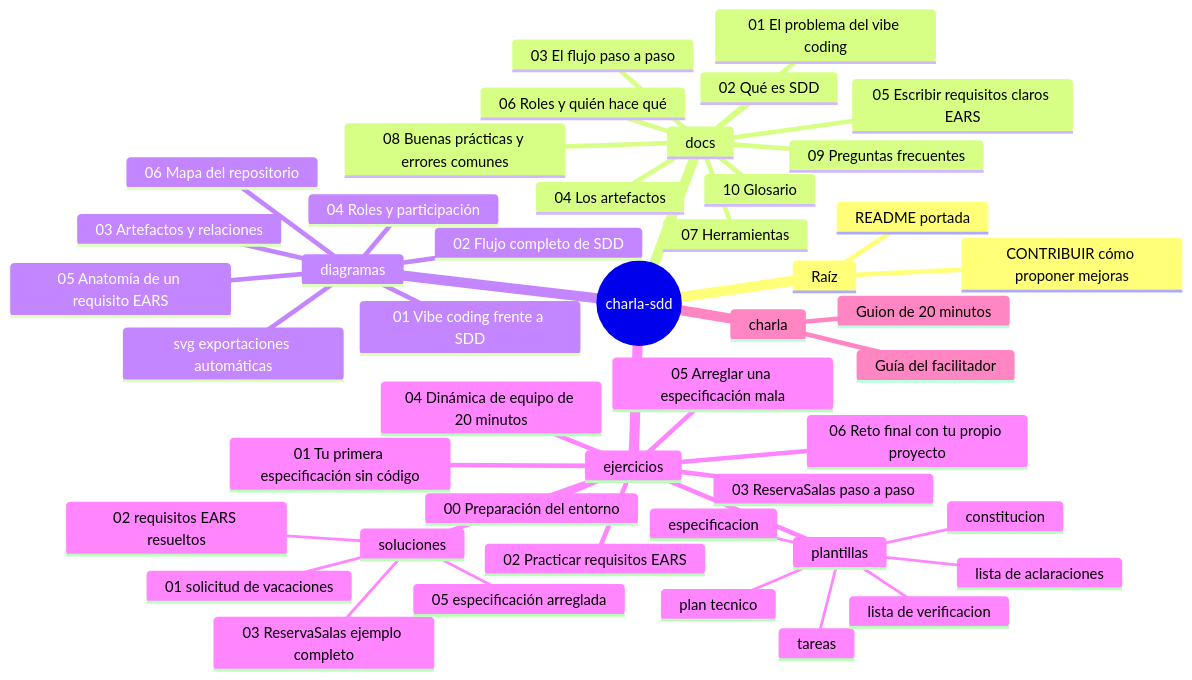
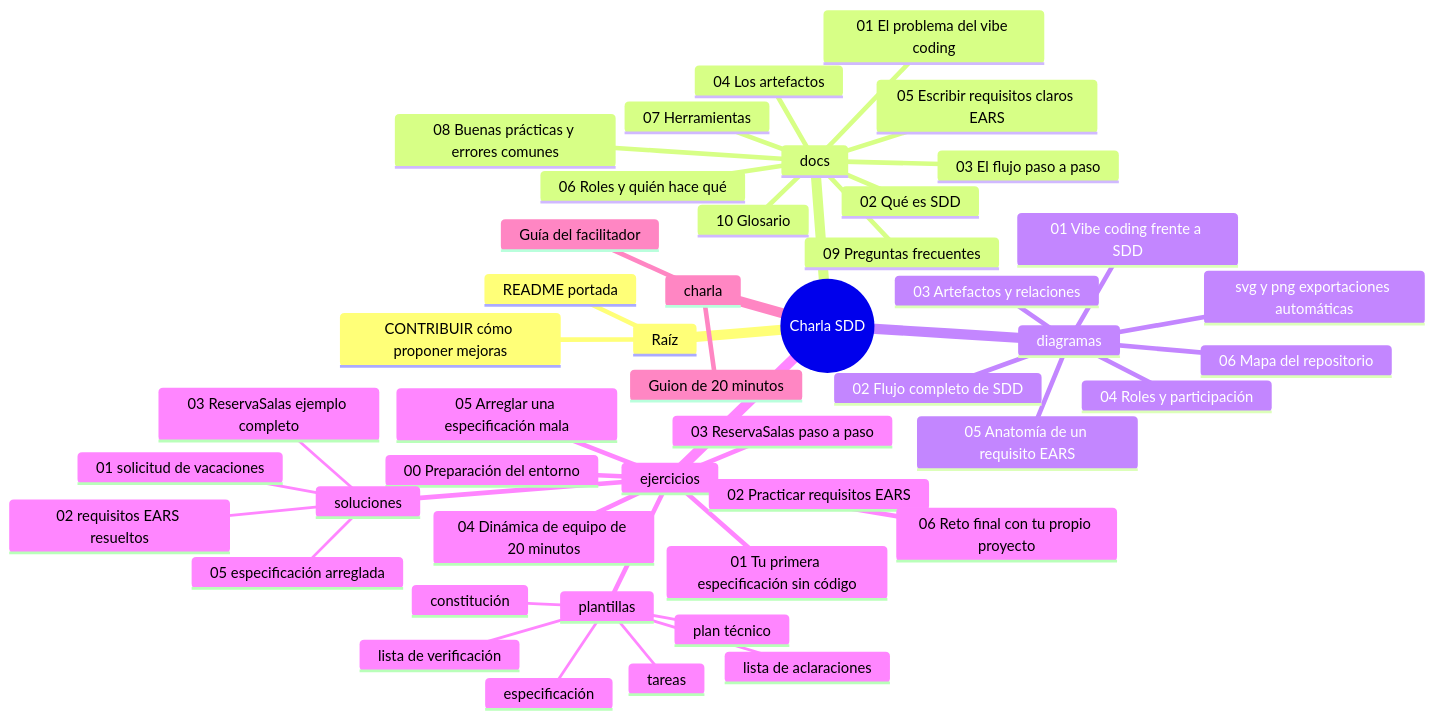
Before and after one commit to antroc/charla-sdd: the first of 6 diagrams in diagramas/06-mapa-del-repositorio.md, drawn with Mermaid. The commit also changed other lines of this file and 21 other files, not shown here.

````diff
--- a/diagramas/06-mapa-del-repositorio.md
+++ b/diagramas/06-mapa-del-repositorio.md
@@ -17,49 +17,49 @@
 ```mermaid
 mindmap
-  root((charla-sdd))
+  root((Charla SDD))
     Raíz
       README portada
       CONTRIBUIR cómo proponer mejoras
     docs
       01 El problema del vibe coding
       02 Qué es SDD
       03 El flujo paso a paso
       04 Los artefactos
       05 Escribir requisitos claros EARS
       06 Roles y quién hace qué
       07 Herramientas
       08 Buenas prácticas y errores comunes
       09 Preguntas frecuentes
       10 Glosario
     diagramas
       01 Vibe coding frente a SDD
       02 Flujo completo de SDD
       03 Artefactos y relaciones
       04 Roles y participación
       05 Anatomía de un requisito EARS
       06 Mapa del repositorio
-      svg exportaciones automáticas
+      svg y png exportaciones automáticas
     ejercicios
       00 Preparación del entorno
       01 Tu primera especificación sin código
       02 Practicar requisitos EARS
       03 ReservaSalas paso a paso
       04 Dinámica de equipo de 20 minutos
       05 Arreglar una especificación mala
       06 Reto final con tu propio proyecto
       plantillas
-        constitucion
-        especificacion
+        constitución
+        especificación
         lista de aclaraciones
-        plan tecnico
+        plan técnico
         tareas
-        lista de verificacion
+        lista de verificación
       soluciones
         01 solicitud de vacaciones
         02 requisitos EARS resueltos
         03 ReservaSalas ejemplo completo
         05 especificación arreglada
     charla
       Guion de 20 minutos
       Guía del facilitador
 ```
````
